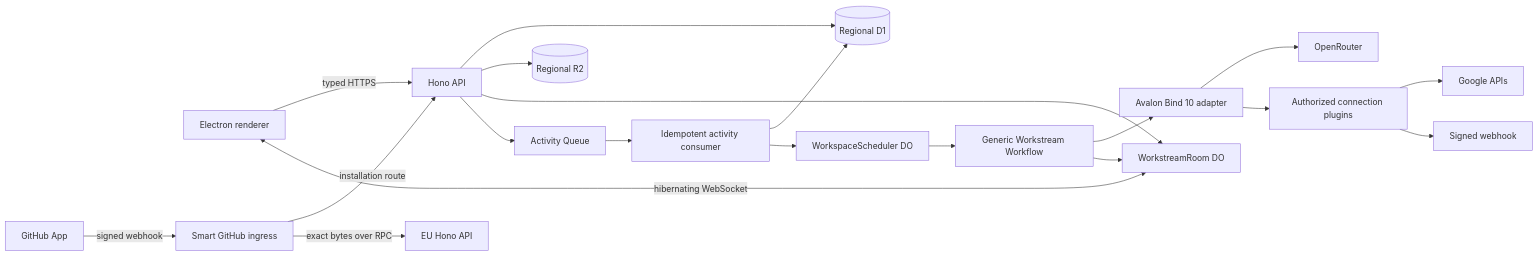
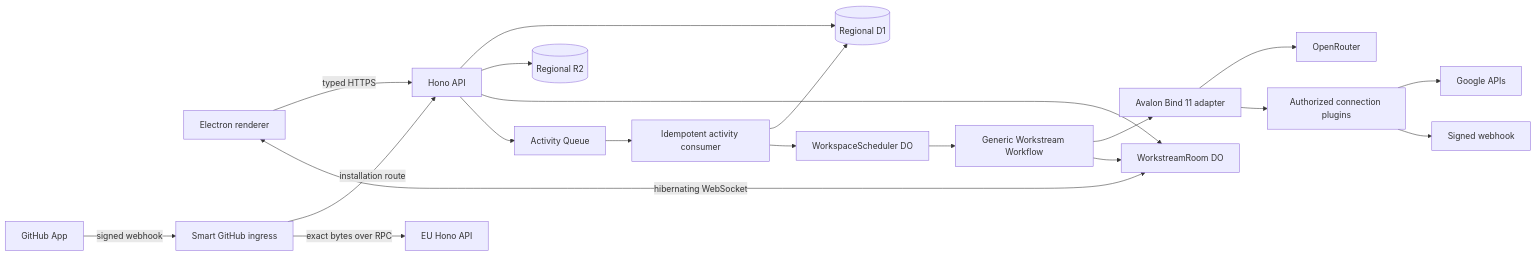
The diagram in docs/ARCHITECTURE.md (juno-ai-labs/avalon), drawn with Mermaid before and after one commit. The commit also changed other lines of this file and 8 other files, not shown here.

````diff
--- a/docs/ARCHITECTURE.md
+++ b/docs/ARCHITECTURE.md
@@ -13,22 +13,22 @@
 ```mermaid
 flowchart LR
   E["Electron renderer"] -->|"typed HTTPS"| H["Hono API"]
   E <-->|"hibernating WebSocket"| R["WorkstreamRoom DO"]
   H --> D[("Regional D1")]
   H --> B[("Regional R2")]
   H --> R
   H --> Q["Activity Queue"]
   GH["GitHub App"] -->|"signed webhook"| GI["Smart GitHub ingress"]
   GI -->|"installation route"| H
   GI -->|"exact bytes over RPC"| EH["EU Hono API"]
   Q --> C["Idempotent activity consumer"]
   C --> D
   C --> S["WorkspaceScheduler DO"]
   S --> W["Generic Workstream Workflow"]
-  W --> A["Avalon Bind 10 adapter"]
+  W --> A["Avalon Bind 11 adapter"]
   A --> O["OpenRouter"]
   A --> T["Authorized connection plugins"]
   W --> R
   T --> G["Google APIs"]
   T --> M["Signed webhook"]
 ```
````
